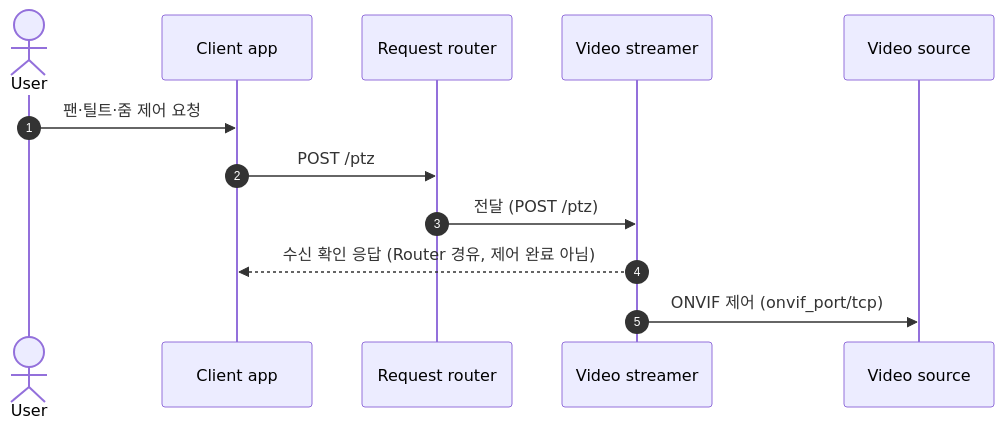
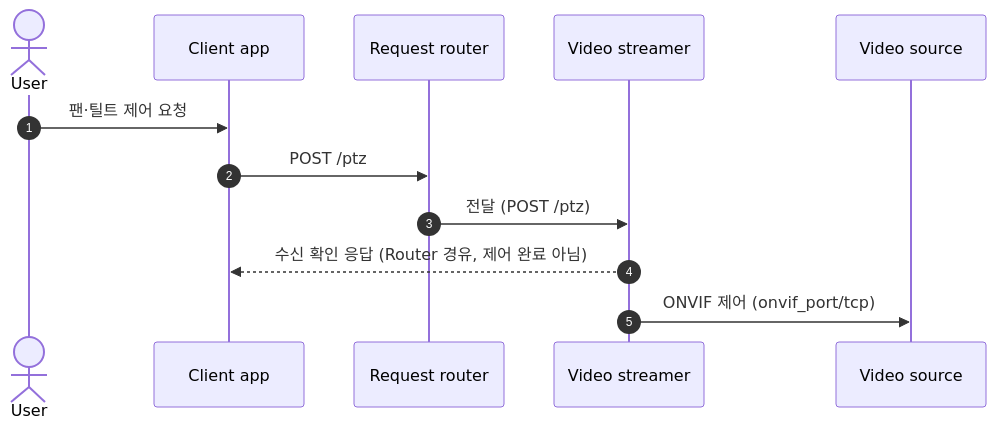
Before and after one commit to skim2048/babycat: diagram 11 of 13 in docs/sdd/6_interface_design.md, drawn with Mermaid. The commit also changed other lines of this file and 18 other files, not shown here.

````diff
--- a/docs/sdd/6_interface_design.md
+++ b/docs/sdd/6_interface_design.md
@@ -510,15 +521,15 @@
 ```mermaid
 sequenceDiagram
     autonumber
     actor U as User
     participant C as Client app
     participant R as Request router
     participant S as Video streamer
     participant V as Video source
 
-    U->>C: 팬·틸트·줌 제어 요청
+    U->>C: 팬·틸트 제어 요청
     C->>R: POST /ptz
     R->>S: 전달 (POST /ptz)
     S-->>C: 수신 확인 응답 (Router 경유, 제어 완료 아님)
     S->>V: ONVIF 제어 (onvif_port/tcp)
 ```
````
